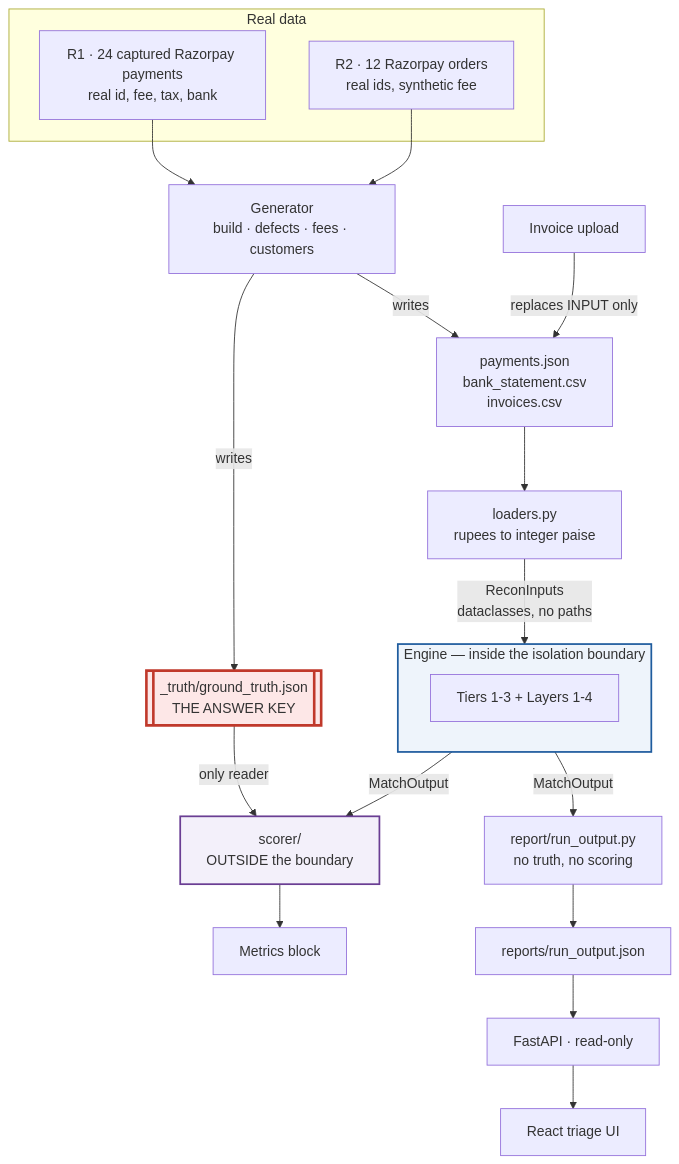
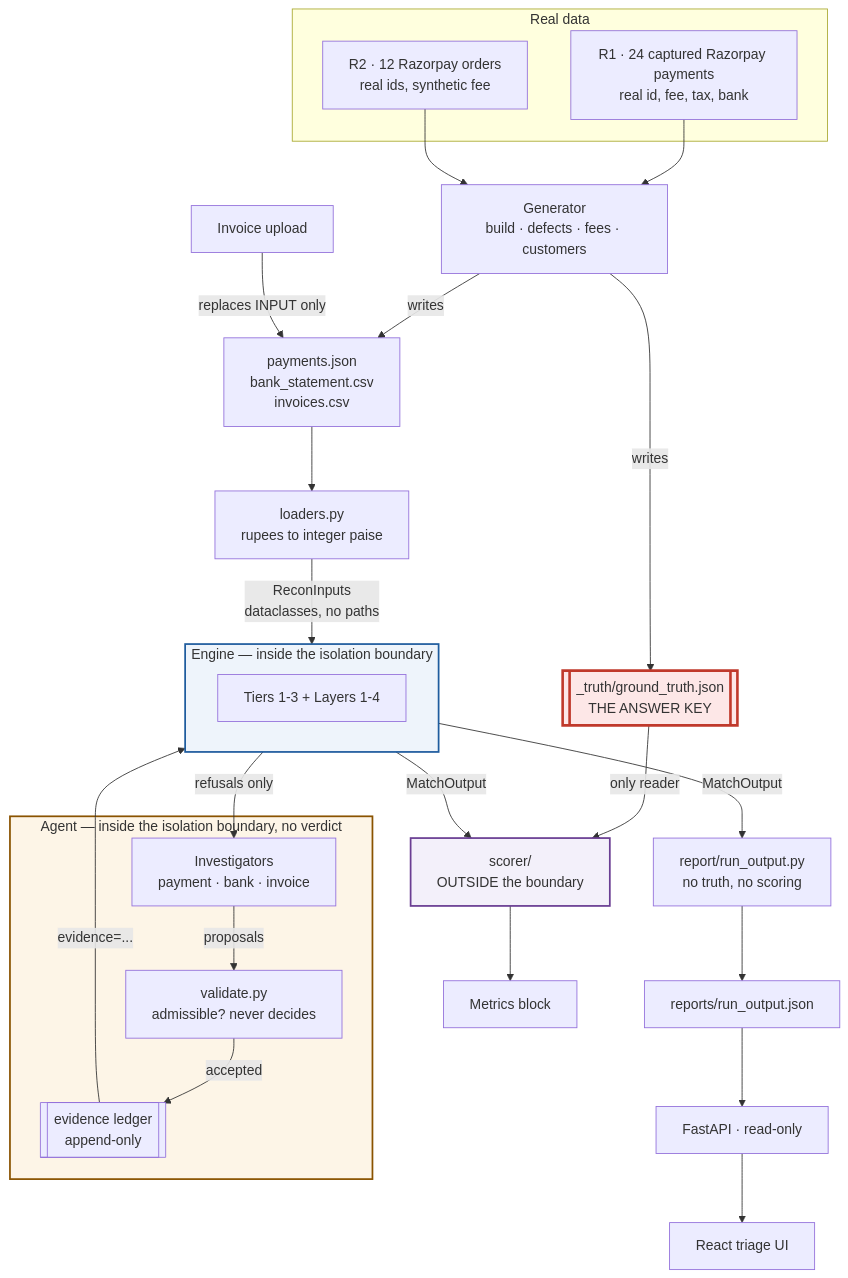
One commit to baymax-afk/Pramana_RZP_buildathon_reconciliation_agent changed the first of 7 diagrams in docs/FLOWCHARTS.md. Above: the diagram before and after it, drawn with Mermaid. The commit also changed other lines of this file and 4 other files, not shown here.

````diff
--- a/docs/FLOWCHARTS.md
+++ b/docs/FLOWCHARTS.md
@@ -14,38 +14,50 @@
 ```mermaid
 graph TB
     subgraph SRC["Real data"]
         R1["R1 · 24 captured Razorpay payments<br/>real id, fee, tax, bank"]
         R2["R2 · 12 Razorpay orders<br/>real ids, synthetic fee"]
     end
 
     GEN["Generator<br/>build · defects · fees · customers"]
     TRUTH[["_truth/ground_truth.json<br/>THE ANSWER KEY"]]
     DISK["payments.json<br/>bank_statement.csv<br/>invoices.csv"]
 
     R1 --> GEN
     R2 --> GEN
     GEN -->|writes| DISK
     GEN -->|writes| TRUTH
 
     LOAD["loaders.py<br/>rupees to integer paise"]
     DISK --> LOAD
     LOAD -->|ReconInputs<br/>dataclasses, no paths| ENGINE
 
     subgraph ENGINE["Engine — inside the isolation boundary"]
         TIERS["Tiers 1-3 + Layers 1-4"]
     end
 
     ENGINE -->|MatchOutput| SCORER["scorer/<br/>OUTSIDE the boundary"]
     TRUTH -->|only reader| SCORER
     SCORER --> METRICS["Metrics block"]
 
     ENGINE -->|MatchOutput| REPORT["report/run_output.py<br/>no truth, no scoring"]
     REPORT --> JSON["reports/run_output.json"]
     JSON --> API["FastAPI · read-only"]
     API --> UI["React triage UI"]
     UPLOAD["Invoice upload"] -->|replaces INPUT only| DISK
 
+    subgraph AGENT["Agent — inside the isolation boundary, no verdict"]
+        INV["Investigators<br/>payment · bank · invoice"]
+        VAL["validate.py<br/>admissible? never decides"]
+        LEDGER[["evidence ledger<br/>append-only"]]
+    end
+
+    ENGINE -->|refusals only| INV
+    INV -->|proposals| VAL
+    VAL -->|accepted| LEDGER
+    LEDGER -->|evidence=...| ENGINE
+
     style TRUTH fill:#fde7e7,stroke:#c0392b,stroke-width:3px
     style ENGINE fill:#eef4fb,stroke:#1f5c9e,stroke-width:2px
     style SCORER fill:#f3f0fa,stroke:#6a3e93,stroke-width:2px
+    style AGENT fill:#fdf5e7,stroke:#8a5300,stroke-width:2px
 ```
````
